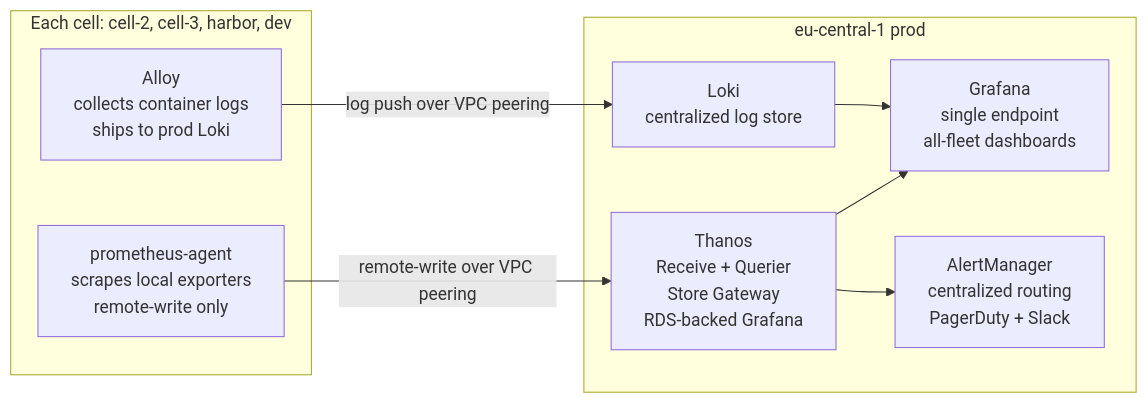
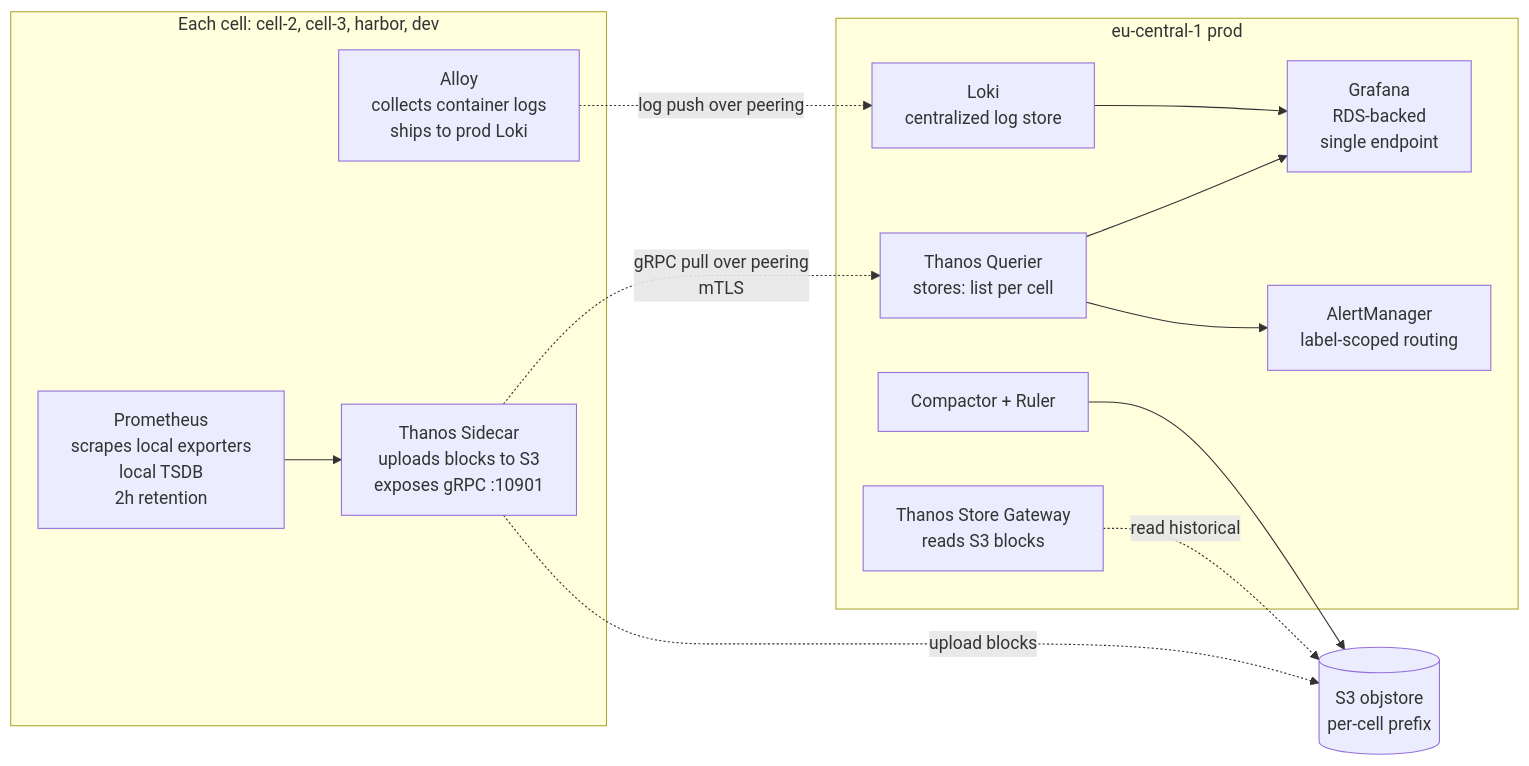
The second of 4 diagrams in design/high-level/meta-cluster-architecture.md (sei-protocol/sei-internal-skills), drawn with Mermaid before and after one commit. The commit also changed other lines of this file, not shown here.

````diff
--- a/design/high-level/meta-cluster-architecture.md
+++ b/design/high-level/meta-cluster-architecture.md
@@ -183,20 +190,29 @@
 ```mermaid
 graph LR
     subgraph Cell[Each cell: cell-2, cell-3, harbor, dev]
-        PA[prometheus-agent<br/>scrapes local exporters<br/>remote-write only]
+        Prom[Prometheus<br/>scrapes local exporters<br/>local TSDB<br/>2h retention]
+        Sidecar[Thanos Sidecar<br/>uploads blocks to S3<br/>exposes gRPC :10901]
         Alloy[Alloy<br/>collects container logs<br/>ships to prod Loki]
+        Prom --> Sidecar
     end
 
     subgraph Prod[eu-central-1 prod]
-        Thanos[Thanos<br/>Receive + Querier<br/>Store Gateway<br/>RDS-backed Grafana]
+        Querier[Thanos Querier<br/>stores: list per cell]
+        StoreGW[Thanos Store Gateway<br/>reads S3 blocks]
         Loki[Loki<br/>centralized log store]
-        Grafana[Grafana<br/>single endpoint<br/>all-fleet dashboards]
-        AM[AlertManager<br/>centralized routing<br/>PagerDuty + Slack]
+        Grafana[Grafana<br/>RDS-backed<br/>single endpoint]
+        AM[AlertManager<br/>label-scoped routing]
+        Compactor[Compactor + Ruler]
     end
 
-    PA -->|remote-write over VPC peering| Thanos
-    Alloy -->|log push over VPC peering| Loki
-    Thanos --> Grafana
+    S3[(S3 objstore<br/>per-cell prefix)]
+
+    Sidecar -.upload blocks.-> S3
+    Sidecar -.gRPC pull over peering<br/>mTLS.-> Querier
+    StoreGW -.read historical.-> S3
+    Alloy -.log push over peering.-> Loki
+    Querier --> Grafana
     Loki --> Grafana
-    Thanos --> AM
+    Querier --> AM
+    Compactor --> S3
 ```
````
